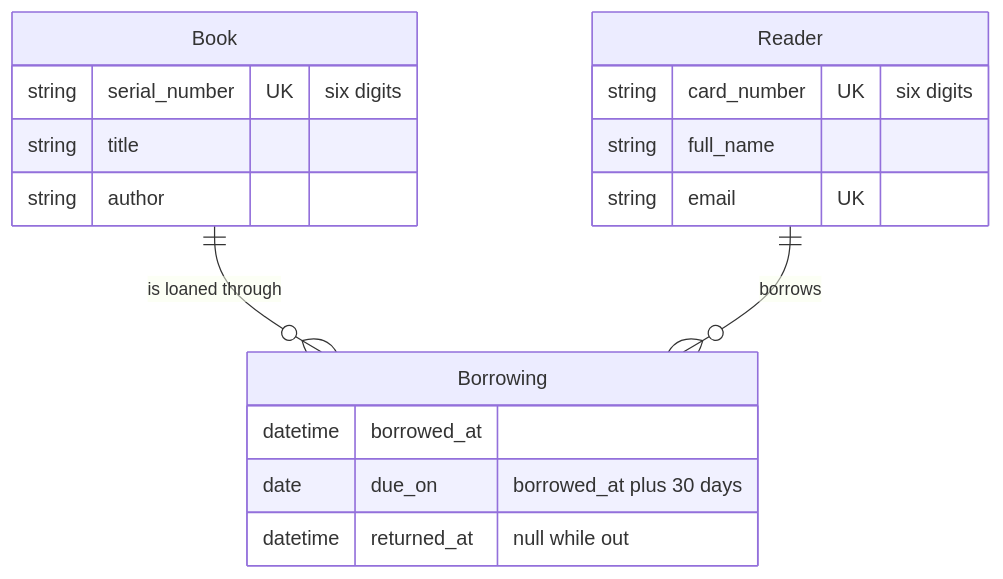
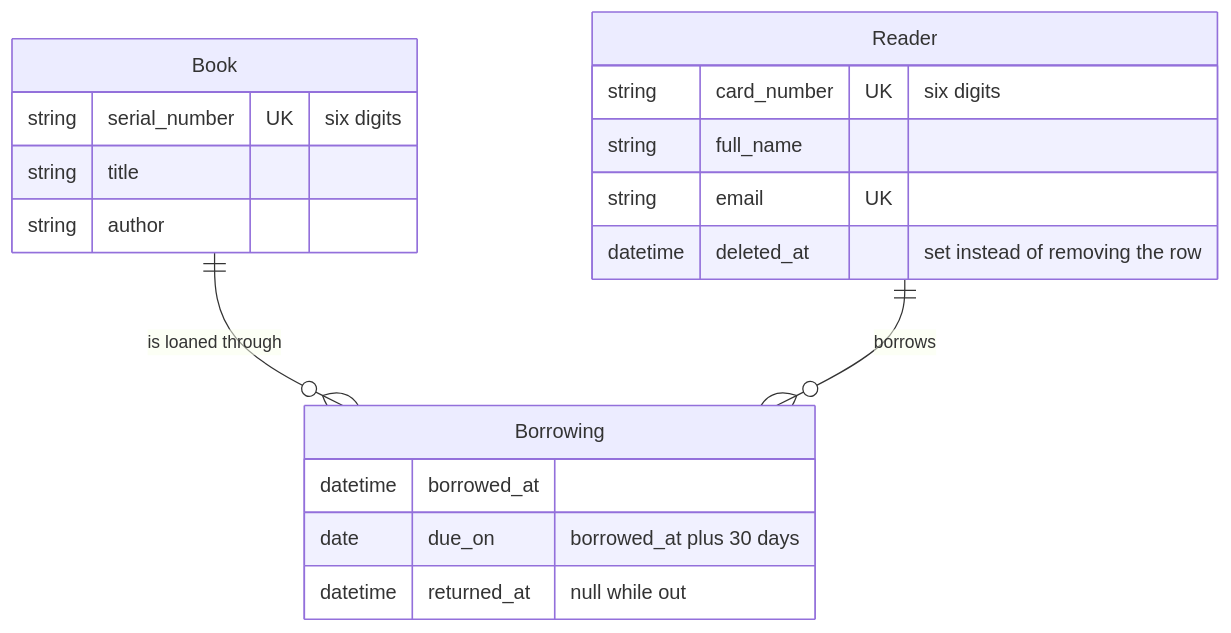
One commit to noplisu/library-service changed the first of 2 diagrams in README.md. Above: the diagram before and after it, drawn with Mermaid. The commit also changed other lines of this file and 9 other files, not shown here.

````diff
--- a/README.md
+++ b/README.md
@@ -41,20 +41,21 @@
 ```mermaid
 erDiagram
   Book ||--o{ Borrowing : "is loaned through"
   Reader ||--o{ Borrowing : "borrows"
   Book {
     string serial_number UK "six digits"
     string title
     string author
   }
   Reader {
     string card_number UK "six digits"
     string full_name
     string email UK
+    datetime deleted_at "set instead of removing the row"
   }
   Borrowing {
     datetime borrowed_at
     date due_on "borrowed_at plus 30 days"
     datetime returned_at "null while out"
   }
 ```
````
